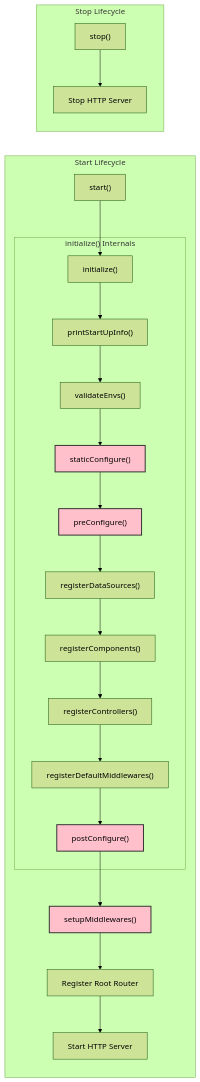
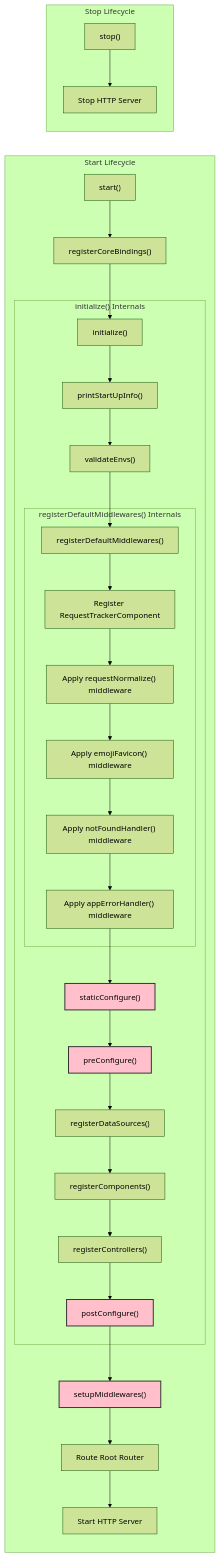
One commit to VENIZIA-AI/ignis changed the diagram in docs/get-started/core-concepts/application.md. Above: the diagram before and after it, drawn with Mermaid (forest theme). The commit also changed other lines of this file and 5 other files, not shown here.

````diff
--- a/docs/get-started/core-concepts/application.md
+++ b/docs/get-started/core-concepts/application.md
@@ -99,29 +100,38 @@
 ```mermaid
+%%{init: { "panZoom": true } }%%
 graph LR
     subgraph "Start Lifecycle"
-        A["start()"] --> B["initialize()"];
+        A["start()"] --> A1["registerCoreBindings()"];
+        A1 --> B["initialize()"];
         
         subgraph "initialize() Internals"
             B --> B1["printStartUpInfo()"];
             B1 --> B2["validateEnvs()"];
-            B2 --> B3["staticConfigure()"];
-            B3 --> B4["preConfigure()"];
-            B4 --> B5["registerDataSources()"];
-            B5 --> B6["registerComponents()"];
-            B6 --> B7["registerControllers()"];
-            B7 --> B8["registerDefaultMiddlewares()"];
+            B2 --> B3["registerDefaultMiddlewares()"];
+                subgraph "registerDefaultMiddlewares() Internals"
+                    B3 --> B3a["Register RequestTrackerComponent"];
+                    B3a --> B3b["Apply requestNormalize() middleware"];
+                    B3b --> B3c["Apply emojiFavicon() middleware"];
+                    B3c --> B3d["Apply notFoundHandler() middleware"];
+                    B3d --> B3e["Apply appErrorHandler() middleware"];
+                end
+            B3e --> B4["staticConfigure()"];
+            B4 --> B5["preConfigure()"];
+            B5 --> B6["registerDataSources()"];
+            B6 --> B7["registerComponents()"];
+            B7 --> B8["registerControllers()"];
             B8 --> B9["postConfigure()"];
         end
 
         B9 --> C["setupMiddlewares()"];
-        C --> D["Register Root Router"];
+        C --> D["Route Root Router"];
         D --> E["Start HTTP Server"];
     end
 
     subgraph "Stop Lifecycle"
         F["stop()"] --> G["Stop HTTP Server"];
     end
 
     classDef hook fill:#ffc0cb,stroke:#333,stroke-width:2px;
-    class B3,B4,B9,C hook;
+    class B4,B5,B9,C hook;
 ```
````
